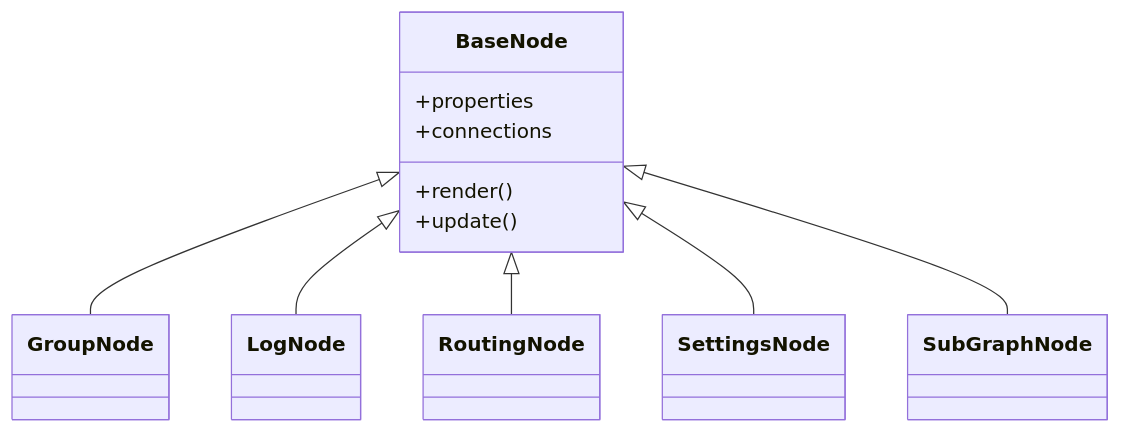
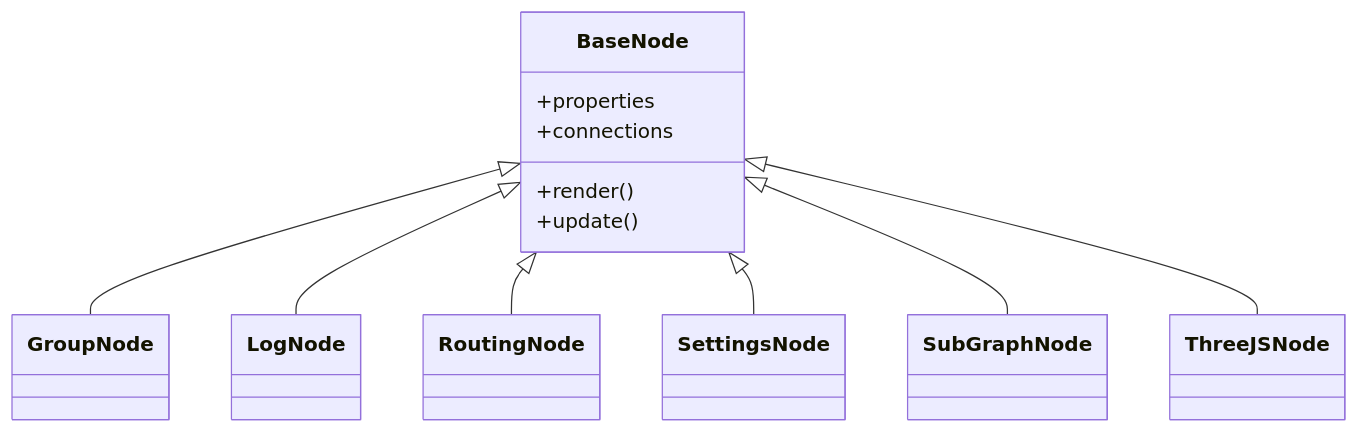
One commit to DangerDrome/NodeUI changed the third of 4 diagrams in memory-bank/systemPatterns.md. Above: the diagram before and after it, drawn with Mermaid. The commit also changed other lines of this file and 13 other files, not shown here.

Commit message:
Enhancement: Introduce ThreeJSNode for 3D viewport integration, including performance optimizations to eliminate flickering and improve rendering. Update context menu and styles to support new node type, and enhance documentation to reflect the addition of 3D visualization capabilities.

````diff
--- a/memory-bank/systemPatterns.md
+++ b/memory-bank/systemPatterns.md
@@ -115,15 +116,16 @@
 ```mermaid
 classDiagram
     BaseNode <|-- GroupNode
     BaseNode <|-- LogNode
     BaseNode <|-- RoutingNode
     BaseNode <|-- SettingsNode
     BaseNode <|-- SubGraphNode
+    BaseNode <|-- ThreeJSNode
     
     class BaseNode {
         +properties
         +connections
         +render()
         +update()
     }
 ```
````
